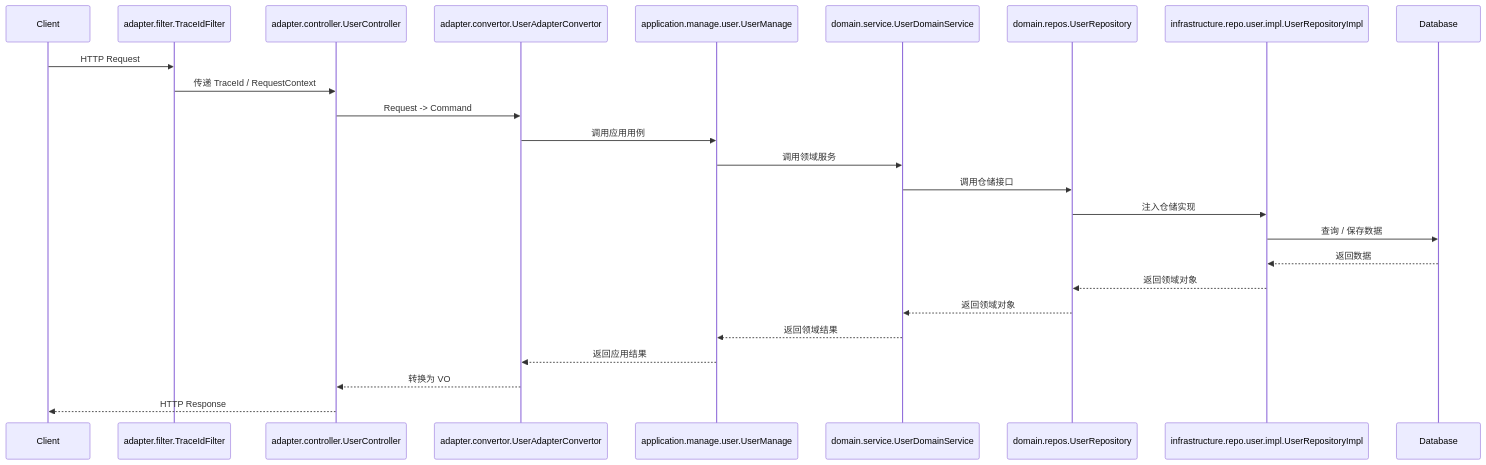
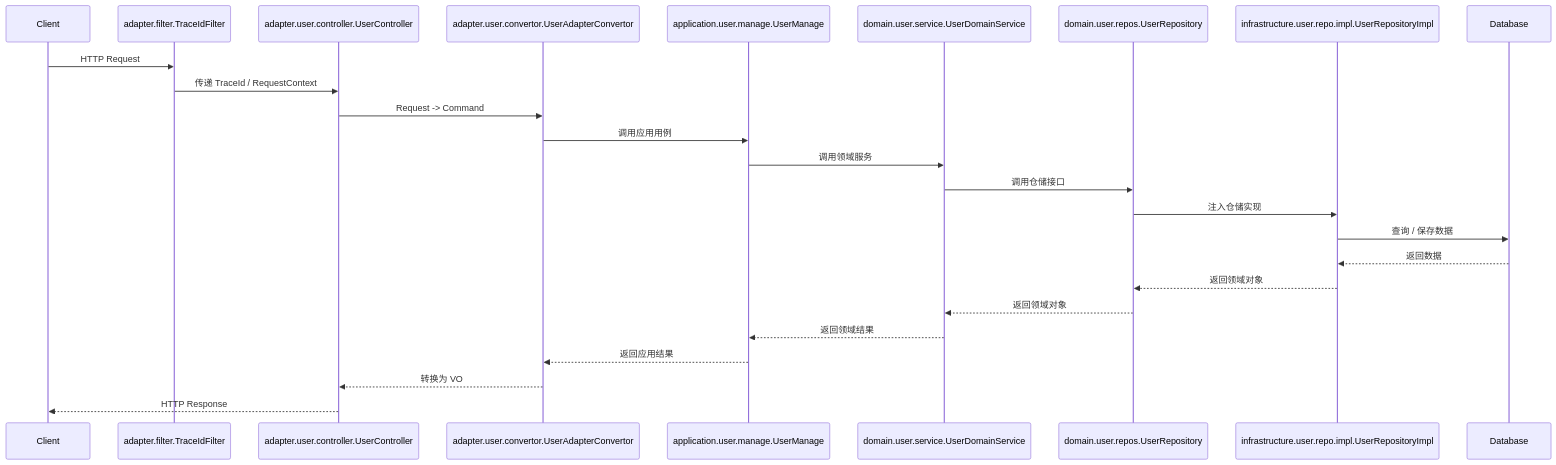
Diagram 15 of 19 in egon-cola-archetypes/architecture-mermaid-diagrams.md (AllenDEricDAlexander/Egon-COLA), drawn with Mermaid before and after one commit. The commit also changed other lines of this file and 32 other files, not shown here.

First line of the commit message:
fix(archetypes): make architecture governance actually enforce, correct guide docs

````diff
--- a/egon-cola-archetypes/architecture-mermaid-diagrams.md
+++ b/egon-cola-archetypes/architecture-mermaid-diagrams.md
@@ -364,27 +388,27 @@
 ```mermaid
 sequenceDiagram
     participant Client as Client
     participant Filter as adapter.filter.TraceIdFilter
-    participant Controller as adapter.controller.UserController
-    participant Convertor as adapter.convertor.UserAdapterConvertor
-    participant Manage as application.manage.user.UserManage
-    participant DomainService as domain.service.UserDomainService
-    participant Repository as domain.repos.UserRepository
-    participant RepoImpl as infrastructure.repo.user.impl.UserRepositoryImpl
+    participant Controller as adapter.user.controller.UserController
+    participant Convertor as adapter.user.convertor.UserAdapterConvertor
+    participant Manage as application.user.manage.UserManage
+    participant DomainService as domain.user.service.UserDomainService
+    participant Repository as domain.user.repos.UserRepository
+    participant RepoImpl as infrastructure.user.repo.impl.UserRepositoryImpl
     participant DB as Database
     Client ->> Filter: HTTP Request
     Filter ->> Controller: 传递 TraceId / RequestContext
     Controller ->> Convertor: Request -> Command
     Convertor ->> Manage: 调用应用用例
     Manage ->> DomainService: 调用领域服务
     DomainService ->> Repository: 调用仓储接口
     Repository ->> RepoImpl: 注入仓储实现
     RepoImpl ->> DB: 查询 / 保存数据
     DB -->> RepoImpl: 返回数据
     RepoImpl -->> Repository: 返回领域对象
     Repository -->> DomainService: 返回领域对象
     DomainService -->> Manage: 返回领域结果
     Manage -->> Convertor: 返回应用结果
     Convertor -->> Controller: 转换为 VO
     Controller -->> Client: HTTP Response
 ```
````
